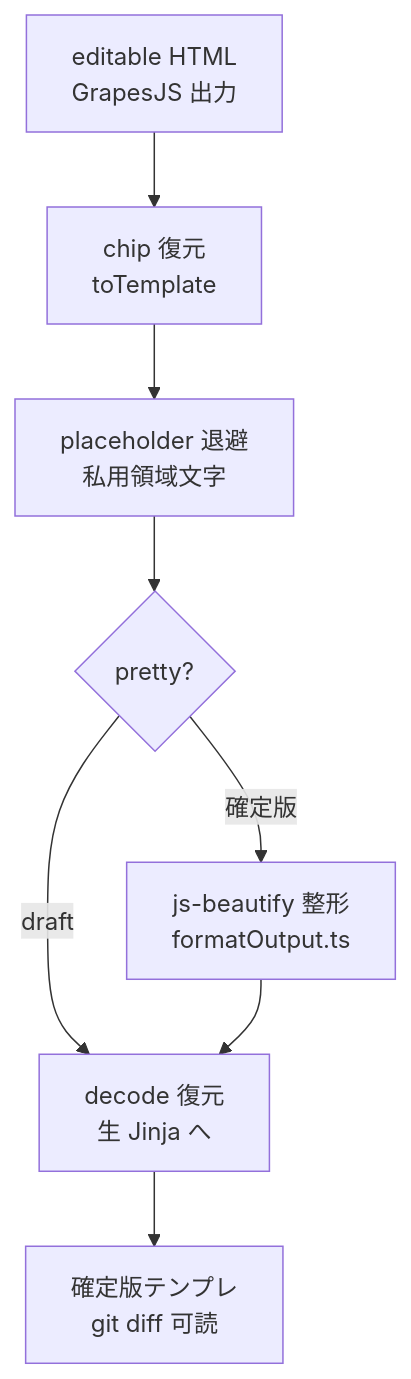
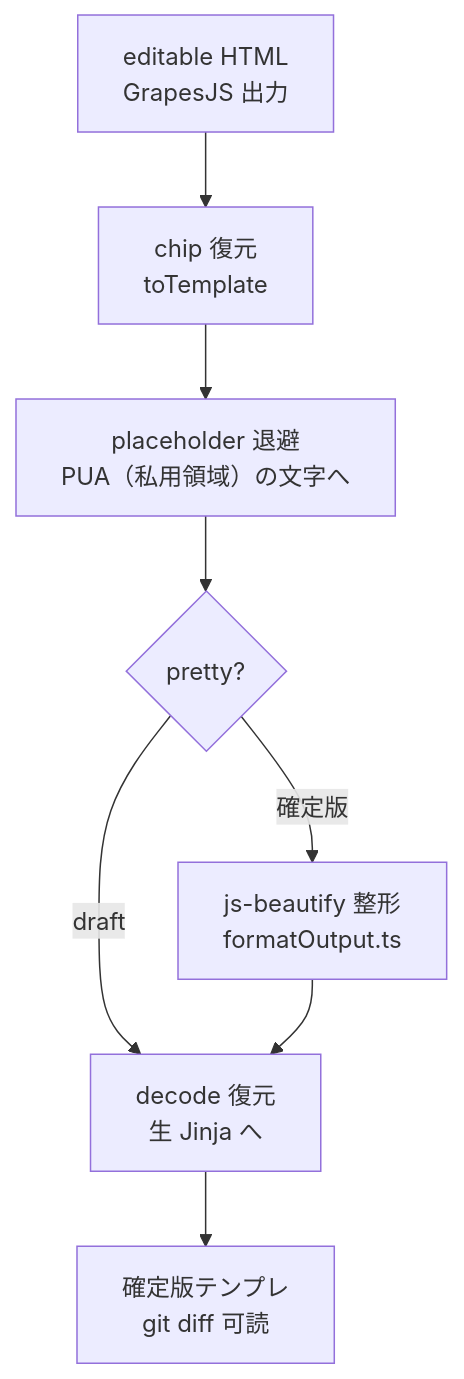
One commit to koichi-araki-0801/workspace changed the second of 4 diagrams in docs/editor/src/設計書.md. Above: the diagram before and after it, drawn with Mermaid. The commit also changed other lines of this file and 31 other files, not shown here.

````diff
--- a/docs/editor/src/設計書.md
+++ b/docs/editor/src/設計書.md
@@ -383,10 +385,10 @@
 ```mermaid
 flowchart TD
   A["editable HTML<br/>GrapesJS 出力"] --> B["chip 復元<br/>toTemplate"]
-  B --> C["placeholder 退避<br/>私用領域文字"]
+  B --> C["placeholder 退避<br/>PUA（私用領域）の文字へ"]
   C --> D{"pretty?"}
   D -->|"確定版"| E["js-beautify 整形<br/>formatOutput.ts"]
   D -->|"draft"| F["decode 復元<br/>生 Jinja へ"]
   E --> F
   F --> G["確定版テンプレ<br/>git diff 可読"]
 ```
````
